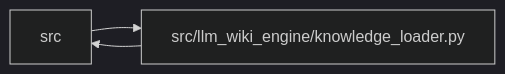
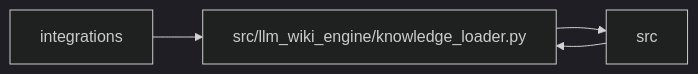
The diagram in docs/llm_wiki/modules/knowledge_loader.md (Denissvgn/python-wiki-llm), drawn with Mermaid (dark theme) before and after one commit. The commit also changed other lines of this file and 509 other files, not shown here.

First line of the commit message:
docs: refresh the wiki for the deprecated engine aliases

````diff
--- a/docs/llm_wiki/modules/knowledge_loader.md
+++ b/docs/llm_wiki/modules/knowledge_loader.md
@@ -33,8 +33,10 @@
 ```mermaid
 flowchart LR
-    n0["src"]
-    n1["src/llm_wiki_engine/knowledge_loader.py"]
-    n0 --> n1
-    n1 --> n0
-    click n1 "../modules/knowledge_loader.md"
+    n0["integrations"]
+    n1["src"]
+    n2["src/llm_wiki_engine/knowledge_loader.py"]
+    n0 --> n2
+    n1 --> n2
+    n2 --> n1
+    click n2 "../modules/knowledge_loader.md"
 ```
````
